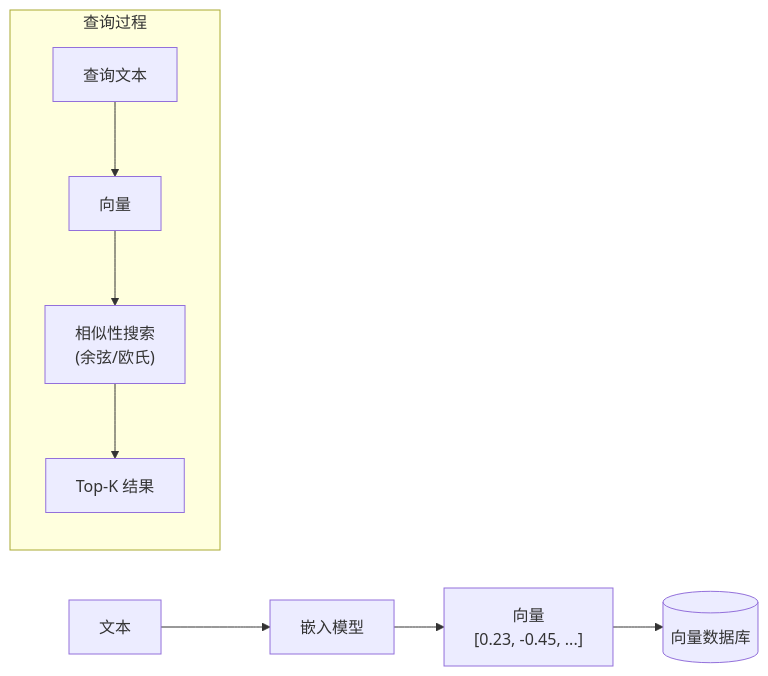
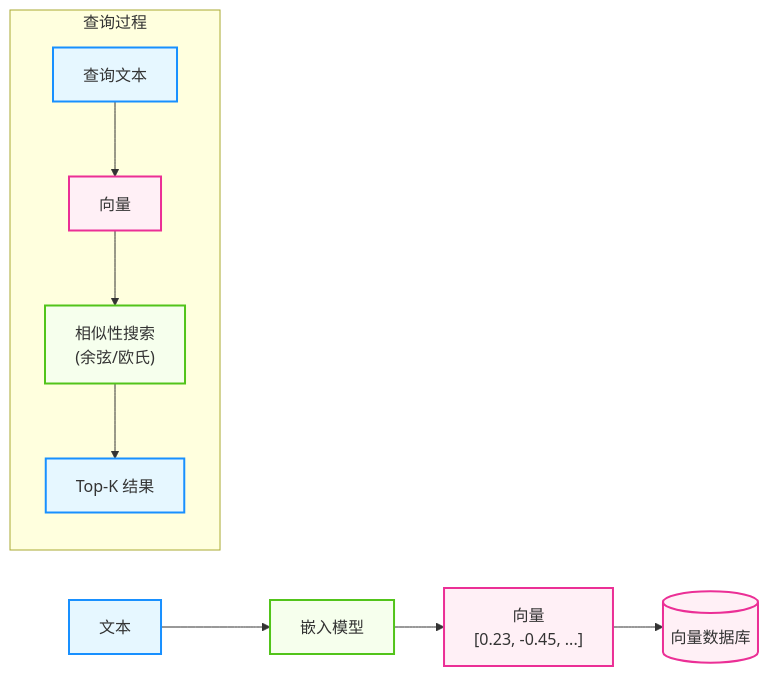
The first of 2 diagrams in 03_memory/3.3_vector_databases.md (yeasy/agentic_ai_guide), drawn with Mermaid before and after one commit. The commit also changed other lines of this file and 36 other files, not shown here.

````diff
--- a/03_memory/3.3_vector_databases.md
+++ b/03_memory/3.3_vector_databases.md
@@ -21,12 +21,22 @@
 ```mermaid
 graph LR
+    %% Agentic Design System
+    classDef agent fill:#e6f7ff,stroke:#1890ff,stroke-width:2px;
+    classDef memory fill:#fff0f6,stroke:#eb2f96,stroke-width:2px;
+    classDef tool fill:#f6ffed,stroke:#52c41a,stroke-width:2px;
+
     Input["文本"] --> EmbedModel["嵌入模型"]
     EmbedModel --> Vector["向量<br/>[0.23, -0.45, ...]"]
     Vector --> DB[("向量数据库")]
     
     subgraph QueryProcess["查询过程"]
         QText["查询文本"] --> QVec["向量"]
         QVec --> Search["相似性搜索<br/>(余弦/欧氏)"]
         Search --> Result["Top-K 结果"]
     end
+    
+    class Input,QText agent;
+    class EmbedModel,Search tool;
+    class Vector,QVec,DB memory;
+    class Result agent;
 ```
````
